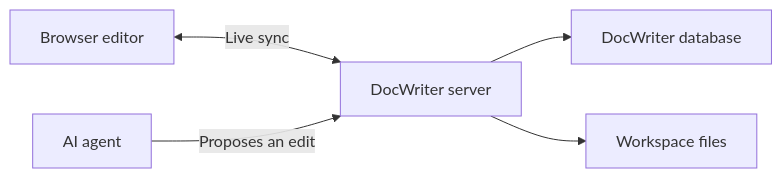
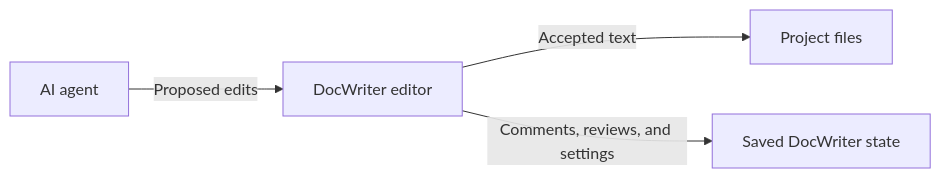
The diagram in docs/reference/how-it-works.mdx (docwriter-org/docwriter), drawn with Mermaid before and after one commit. The commit also changed other lines of this file and 43 other files, not shown here.

````diff
--- a/docs/reference/how-it-works.mdx
+++ b/docs/reference/how-it-works.mdx
@@ -8,7 +8,6 @@
 ```mermaid
 flowchart LR
-    Browser["Browser editor"] <-->|"Live sync"| Server["DocWriter server"]
-    Agent["AI agent"] -->|"Proposes an edit"| Server
-    Server --> Database["DocWriter database"]
-    Server --> Files["Workspace files"]
+    Editor["DocWriter editor"] -->|"Accepted text"| Files["Project files"]
+    Editor -->|"Comments, reviews, and settings"| State["Saved DocWriter state"]
+    Agent["AI agent"] -->|"Proposed edits"| Editor
 ```
````
